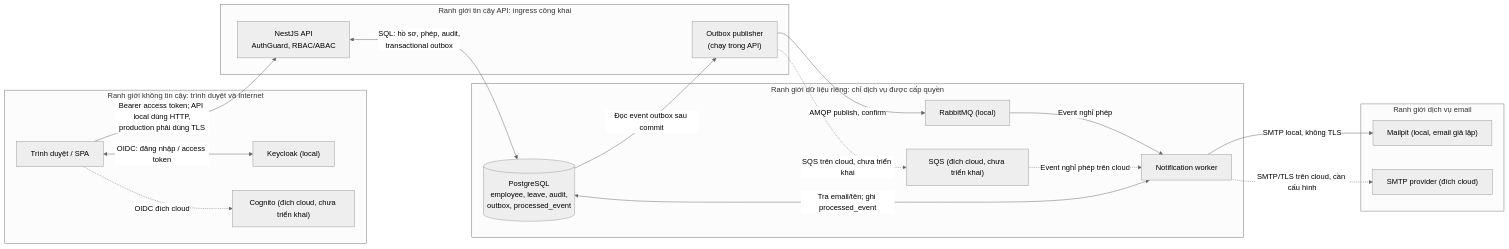
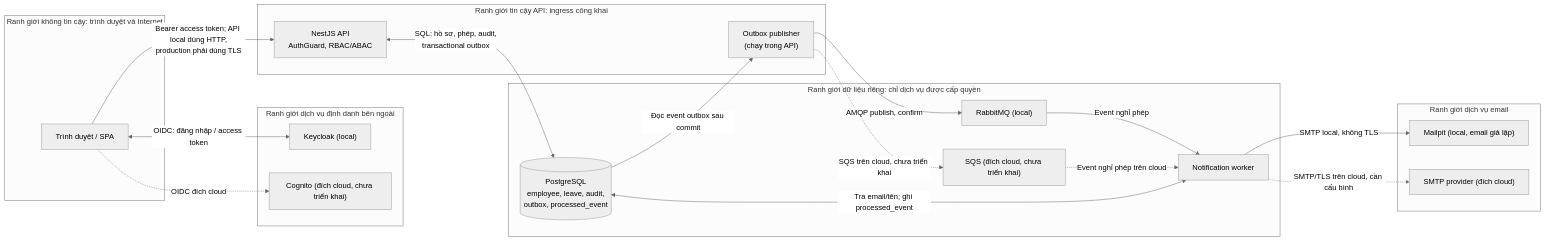
One commit to Acerchicken/HR-Enterprise-Platform changed the diagram in docs/security/threat-model.md. Above: the diagram before and after it, drawn with Mermaid (neutral theme). The commit also changed other lines of this file, not shown here.

````diff
--- a/docs/security/threat-model.md
+++ b/docs/security/threat-model.md
@@ -14,38 +14,41 @@
 ```mermaid
 flowchart LR
     subgraph Internet["Ranh giới không tin cậy: trình duyệt và Internet"]
         Browser["Trình duyệt / SPA"]
+    end
+
+    subgraph IdentityBoundary["Ranh giới dịch vụ định danh bên ngoài"]
         IdP["Keycloak (local)"]
         Cognito["Cognito (đích cloud, chưa triển khai)"]
     end
 
     subgraph PublicAPI["Ranh giới tin cậy API: ingress công khai"]
         API["NestJS API\nAuthGuard, RBAC/ABAC"]
         Publisher["Outbox publisher\n(chạy trong API)"]
     end
 
     subgraph PrivateData["Ranh giới dữ liệu riêng: chỉ dịch vụ được cấp quyền"]
         DB[("PostgreSQL\nemployee, leave, audit,\noutbox, processed_event")]
         Rabbit["RabbitMQ (local)"]
         SQS["SQS (đích cloud, chưa triển khai)"]
         Worker["Notification worker"]
     end
 
     subgraph MailBoundary["Ranh giới dịch vụ email"]
         Mailpit["Mailpit (local, email giả lập)"]
         SMTP["SMTP provider (đích cloud)"]
     end
 
     Browser <-->|"OIDC: đăng nhập / access token"| IdP
     Browser -. "OIDC đích cloud" .-> Cognito
     Browser -->|"Bearer access token; API local dùng HTTP,\nproduction phải dùng TLS"| API
     API <-->|"SQL: hồ sơ, phép, audit,\ntransactional outbox"| DB
     DB -->|"Đọc event outbox sau commit"| Publisher
     Publisher -->|"AMQP publish, confirm"| Rabbit
     Rabbit -->|"Event nghỉ phép"| Worker
     Worker <-->|"Tra email/tên; ghi processed_event"| DB
     Worker -->|"SMTP local, không TLS"| Mailpit
     Worker -. "SMTP/TLS trên cloud, cần cấu hình" .-> SMTP
     Publisher -. "SQS trên cloud, chưa triển khai" .-> SQS
     SQS -. "Event nghỉ phép trên cloud" .-> Worker
 ```
````
